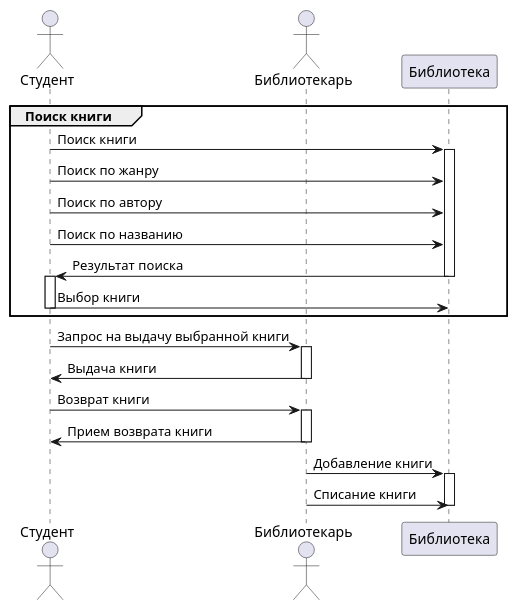
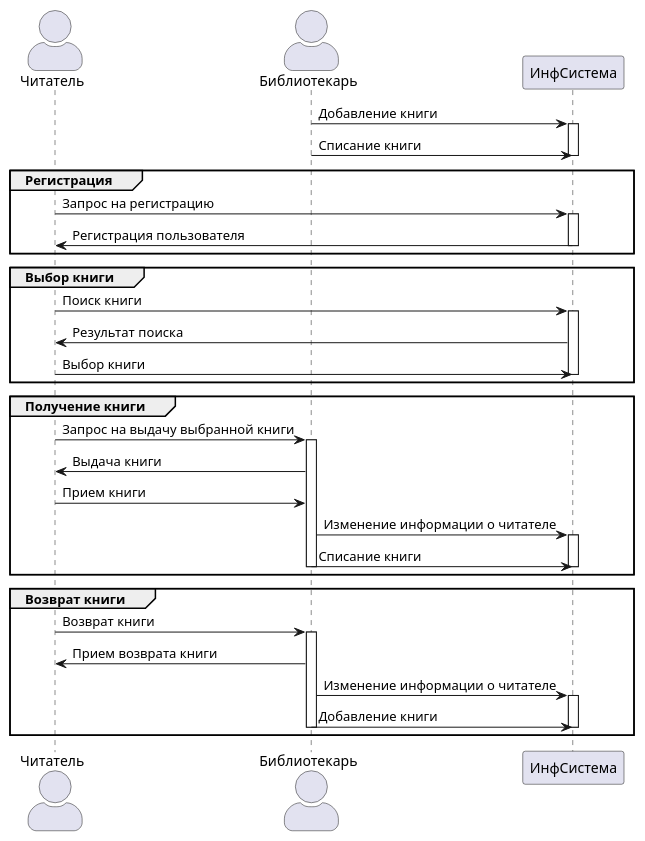
The diagram in lab_2/task.puml (IrmA-ErroR/TMP), drawn with PlantUML before and after one commit. The commit also changed other lines of this file and 16 other files, not shown here.

```diff
--- a/lab_2/task.puml
+++ b/lab_2/task.puml
@@ -59,31 +1,51 @@
 @startuml
-actor Студент
+skinparam actorStyle awesome
+skinparam packageStyle rectangle
+actor Читатель
 actor Библиотекарь
-group Поиск книги
-Студент-> Библиотека: Поиск книги
-activate Библиотека
-Студент-> Библиотека: Поиск по жанру
-Студент-> Библиотека: Поиск по автору
-Студент-> Библиотека: Поиск по названию
-Библиотека -> Студент: Результат поиска
-deactivate Библиотека
-activate Студент
-Студент-> Библиотека: Выбор книги
-deactivate Студент
+
+Библиотекарь -> ИнфСистема: Добавление книги
+activate ИнфСистема
+Библиотекарь -> ИнфСистема: Списание книги
+deactivate ИнфСистема
+
+group Регистрация
+Читатель-> ИнфСистема: Запрос на регистрацию
+activate ИнфСистема
+ИнфСистема -> Читатель: Регистрация пользователя
+deactivate ИнфСистема
 end
 
-Студент-> Библиотекарь: Запрос на выдачу выбранной книги
+group Выбор книги
+Читатель-> ИнфСистема: Поиск книги
+activate ИнфСистема
+ИнфСистема -> Читатель: Результат поиска
+Читатель-> ИнфСистема: Выбор книги
+deactivate Читатель
+deactivate ИнфСистема
+end
+
+group Получение книги
+Читатель-> Библиотекарь: Запрос на выдачу выбранной книги
 activate Библиотекарь
-Библиотекарь -> Студент: Выдача книги
+Библиотекарь -> Читатель: Выдача книги
+Читатель -> Библиотекарь: Прием книги
+Библиотекарь -> ИнфСистема: Изменение информации о читателе
+activate ИнфСистема
+Библиотекарь -> ИнфСистема: Списание книги
+deactivate ИнфСистема
 deactivate Библиотекарь
+end
 
-Студент-> Библиотекарь: Возврат книги
+group Возврат книги
+Читатель-> Библиотекарь: Возврат книги
 activate Библиотекарь
-Библиотекарь -> Студент: Прием возврата книги
+Библиотекарь -> Читатель: Прием возврата книги
+Библиотекарь -> ИнфСистема: Изменение информации о читателе
+activate ИнфСистема
+Библиотекарь -> ИнфСистема: Добавление книги
+deactivate ИнфСистема
 deactivate Библиотекарь
+end
 
-Библиотекарь -> Библиотека: Добавление книги
-activate Библиотека
-Библиотекарь -> Библиотека: Списание книги
-deactivate Библиотека
 @enduml
```
